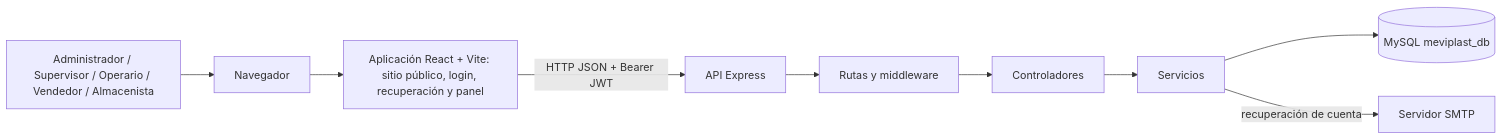
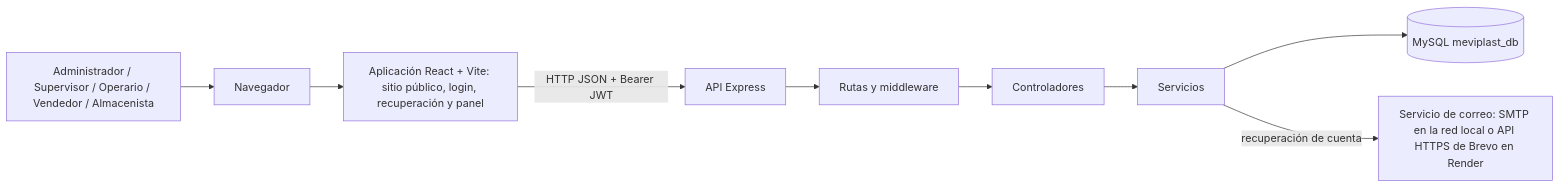
Before and after one commit to Pafuna08/MEVIPLAST-NODEJS: the diagram in docs/architecture/overview.md, drawn with Mermaid. The commit also changed other lines of this file and 10 other files, not shown here.

````diff
--- a/docs/architecture/overview.md
+++ b/docs/architecture/overview.md
@@ -5,11 +5,11 @@
 ```mermaid
 flowchart LR
   User[Administrador / Supervisor / Operario / Vendedor / Almacenista] --> Browser[Navegador]
   Browser --> React[Aplicación React + Vite: sitio público, login, recuperación y panel]
   React -->|HTTP JSON + Bearer JWT| Express[API Express]
   Express --> Routes[Rutas y middleware]
   Routes --> Controllers[Controladores]
   Controllers --> Services[Servicios]
   Services --> MySQL[(MySQL meviplast_db)]
-  Services -->|recuperación de cuenta| SMTP[Servidor SMTP]
+  Services -->|recuperación de cuenta| Correo[Servicio de correo: SMTP en la red local o API HTTPS de Brevo en Render]
 ```
````
